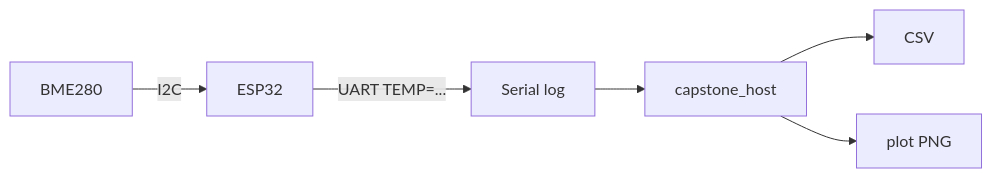
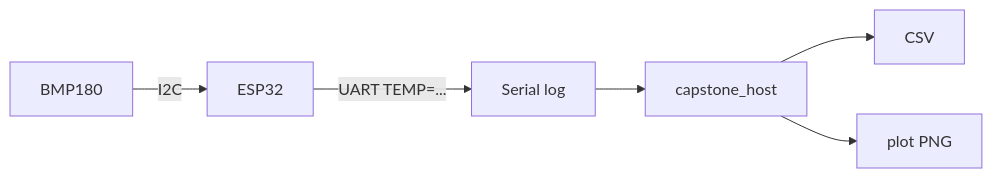
Before and after one commit to dmytro-kushnir/ppid-labs: the diagram in examples/lab5/report-example.md, drawn with Mermaid. The commit also changed other lines of this file and 16 other files, not shown here.

````diff
--- a/examples/lab5/report-example.md
+++ b/examples/lab5/report-example.md
@@ -36,8 +36,8 @@
 ```mermaid
 flowchart LR
-  BME[BME280] -->|I2C| ESP[ESP32]
+  BMP[BMP180] -->|I2C| ESP[ESP32]
   ESP -->|UART TEMP=...| Log[Serial log]
   Log --> Host[capstone_host]
   Host --> CSV[CSV]
   Host --> Plot[plot PNG]
 ```
````
